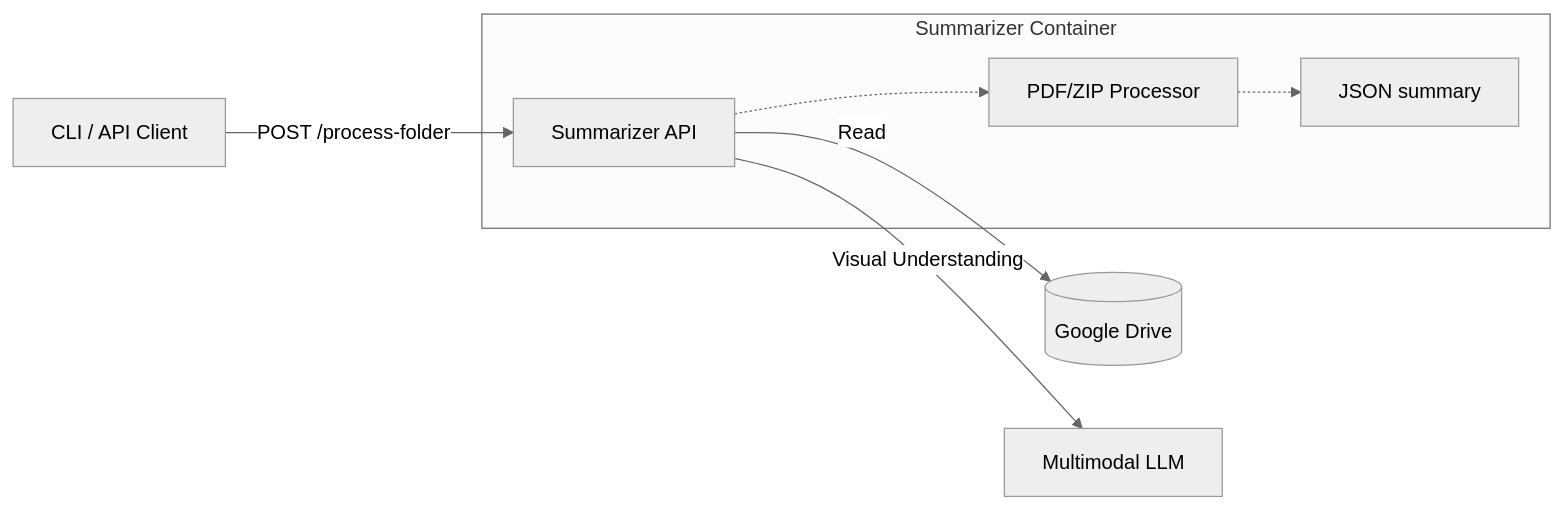
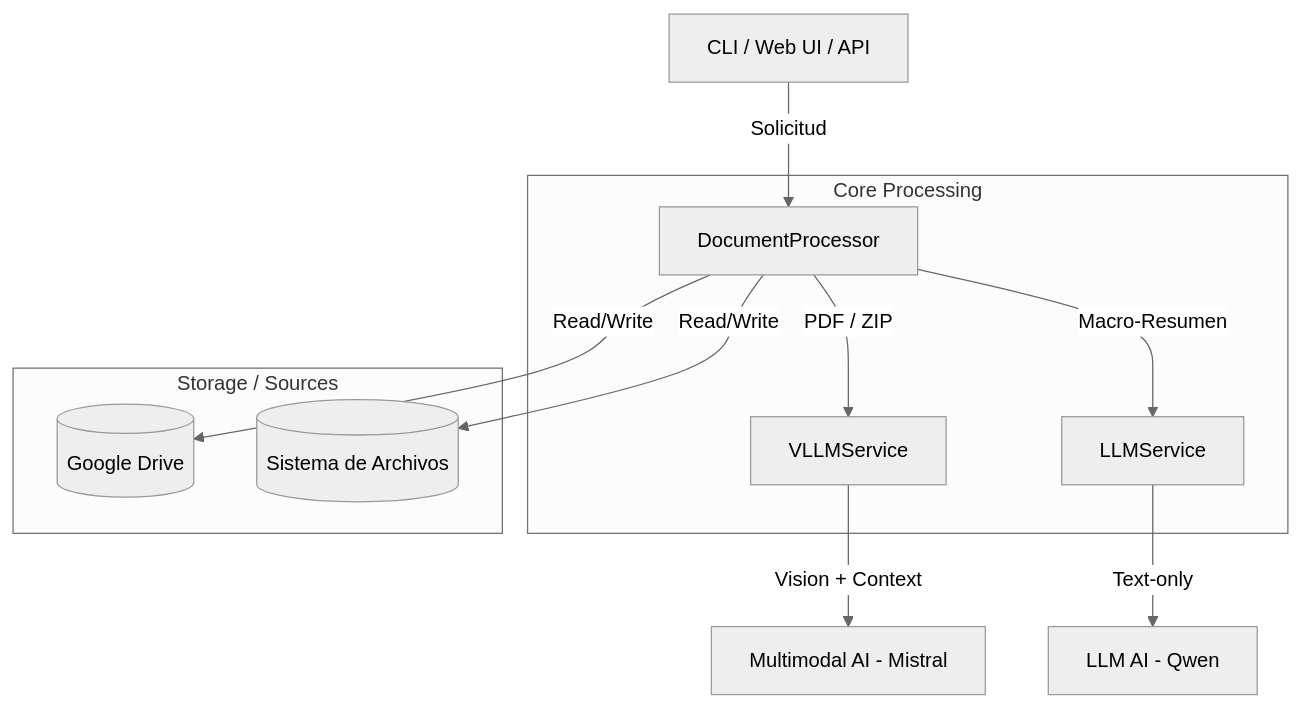
The diagram in README.md (alejandro-garnung-ctic/summarizer), drawn with Mermaid (neutral theme) before and after one commit. The commit also changed other lines of this file and 10 other files, not shown here.

````diff
--- a/README.md
+++ b/README.md
@@ -18,15 +18,17 @@
 ```mermaid
-graph LR
-    Client[CLI / API Client] -->|POST /process-folder| API[Summarizer API]
-    API -->|Read| GDrive[(Google Drive)]
-    API -->|Visual Understanding| LLM[Multimodal LLM]
+graph TD
+    Client[CLI / Web UI / API] -->|Solicitud| Processor[DocumentProcessor]
     
-    subgraph "Summarizer Container"
-    API
-    Processor[PDF/ZIP Processor]
-    JSONSummary[JSON summary]
+    subgraph "Core Processing"
+    Processor -->|PDF / ZIP| VLLM[VLLMService]
+    Processor -->|Macro-Resumen| LLM[LLMService]
     end
     
-    API -.-> Processor
-    Processor -.-> JSONSummary
+    VLLM -->|Vision + Context| AI[Multimodal AI - Mistral]
+    LLM -->|Text-only| AI_Text[LLM AI - Qwen]
+    
+    subgraph "Storage / Sources"
+    Processor -->|Read/Write| GDrive[(Google Drive)]
+    Processor -->|Read/Write| Local[(Sistema de Archivos)]
+    end
 ```
````
